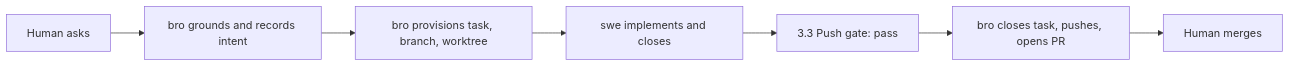
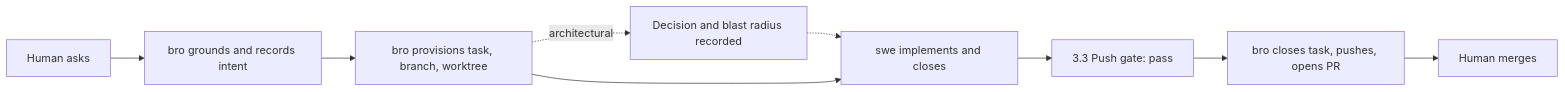
Before and after one commit to trustmybot/plugin: the fifth of 17 diagrams in docs/architecture/FLOWS.md, drawn with Mermaid. The commit also changed other lines of this file and 3 other files, not shown here.

First line of the commit message:
📝 docs(architecture): code task and non-code task flows (GH 3139)

````diff
--- a/docs/architecture/FLOWS.md
+++ b/docs/architecture/FLOWS.md
@@ -88,9 +88,11 @@
 ```mermaid
 flowchart LR
     A[Human asks] --> B[bro grounds and records intent]
     B --> C[bro provisions task, branch, worktree]
+    C -. architectural .-> C1[Decision and blast radius recorded]
+    C1 -.-> D
     C --> D[swe implements and closes]
     D --> E[3.3 Push gate: pass]
     E --> F[bro closes task, pushes, opens PR]
     F --> G[Human merges]
 ```
````
